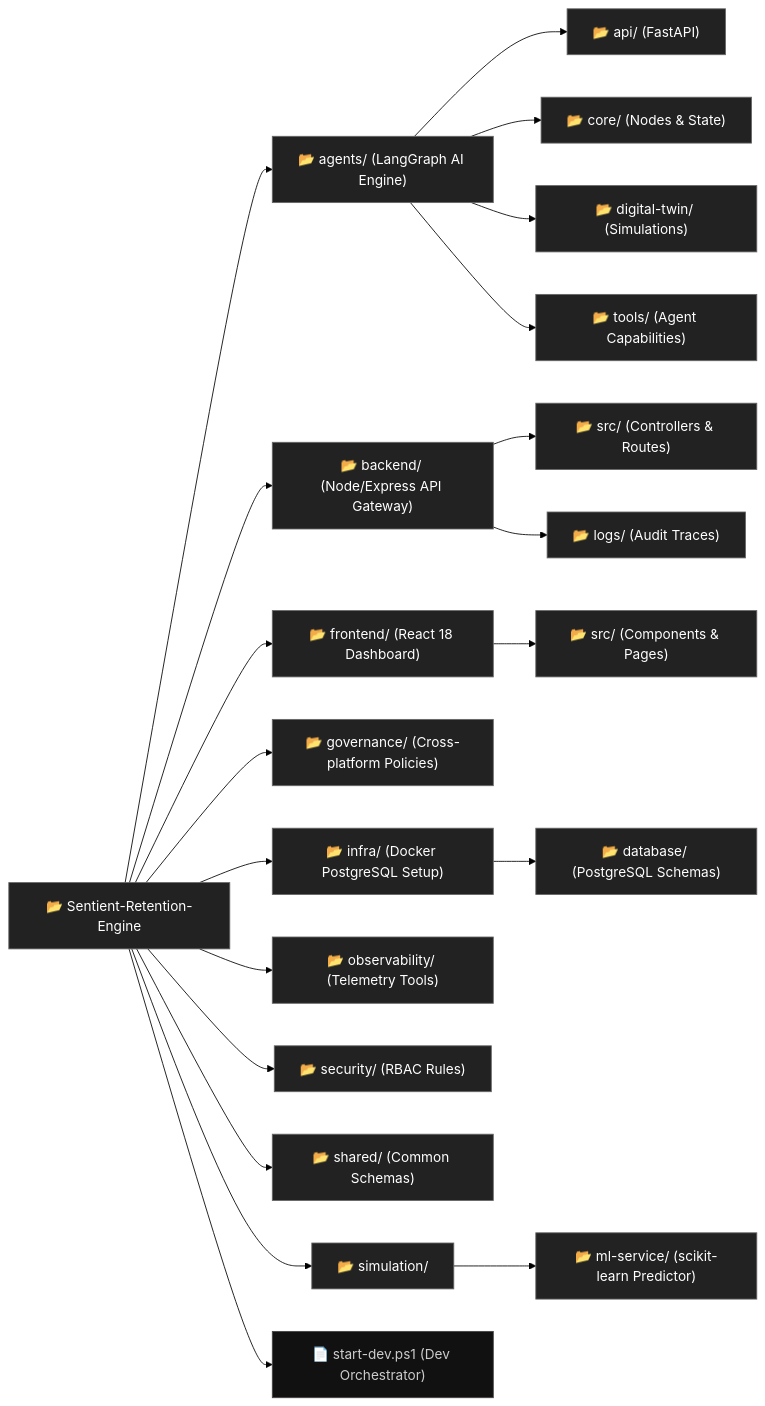
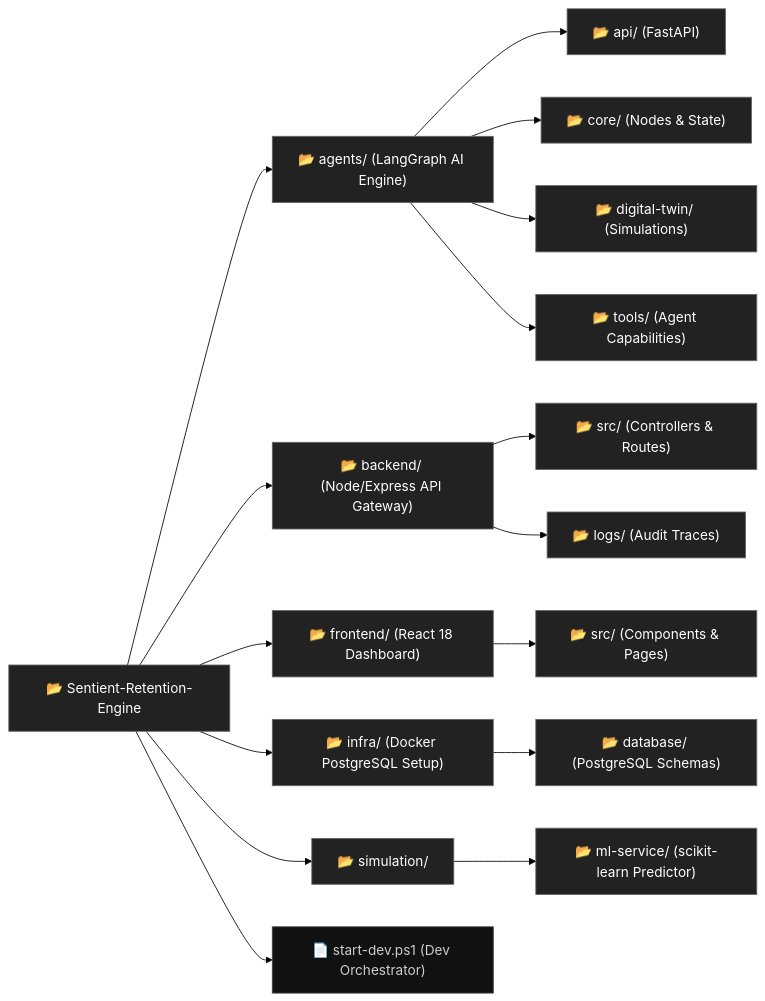
Before and after one commit to raghuvanshi-sec/Sentient-Retention-Engine: the diagram in README.md, drawn with Mermaid (forest theme). The commit also changed other lines of this file and 10 other files, not shown here.

Commit message:
feat: implement backend request validation middleware and define core governance policies for agents

````diff
--- a/README.md
+++ b/README.md
@@ -111,34 +110,28 @@
 ```mermaid
 flowchart LR
     classDef dir fill:#222,stroke:#666,stroke-width:1px,color:#fff;
     classDef file fill:#111,stroke:#444,stroke-width:1px,color:#ccc;
     
     Root["📂 Sentient-Retention-Engine"]:::dir
     
     Root --> Agents["📂 agents/ (LangGraph AI Engine)"]:::dir
     Agents --> AgApi["📂 api/ (FastAPI)"]:::dir
     Agents --> AgCore["📂 core/ (Nodes & State)"]:::dir
     Agents --> AgDT["📂 digital-twin/ (Simulations)"]:::dir
     Agents --> AgTools["📂 tools/ (Agent Capabilities)"]:::dir
     
     Root --> Backend["📂 backend/ (Node/Express API Gateway)"]:::dir
     Backend --> BkSrc["📂 src/ (Controllers & Routes)"]:::dir
     Backend --> BkLogs["📂 logs/ (Audit Traces)"]:::dir
     
     Root --> Frontend["📂 frontend/ (React 18 Dashboard)"]:::dir
     Frontend --> FrSrc["📂 src/ (Components & Pages)"]:::dir
     
-    Root --> Gov["📂 governance/ (Cross-platform Policies)"]:::dir
-    
     Root --> Infra["📂 infra/ (Docker PostgreSQL Setup)"]:::dir
     Infra --> InfDb["📂 database/ (PostgreSQL Schemas)"]:::dir
-    
-    Root --> Obs["📂 observability/ (Telemetry Tools)"]:::dir
-    Root --> Sec["📂 security/ (RBAC Rules)"]:::dir
-    Root --> Shared["📂 shared/ (Common Schemas)"]:::dir
     
     Root --> Sim["📂 simulation/"]:::dir
     Sim --> SimML["📂 ml-service/ (scikit-learn Predictor)"]:::dir
     
     Root --> StartDev["📄 start-dev.ps1 (Dev Orchestrator)"]:::file
 ```
````
